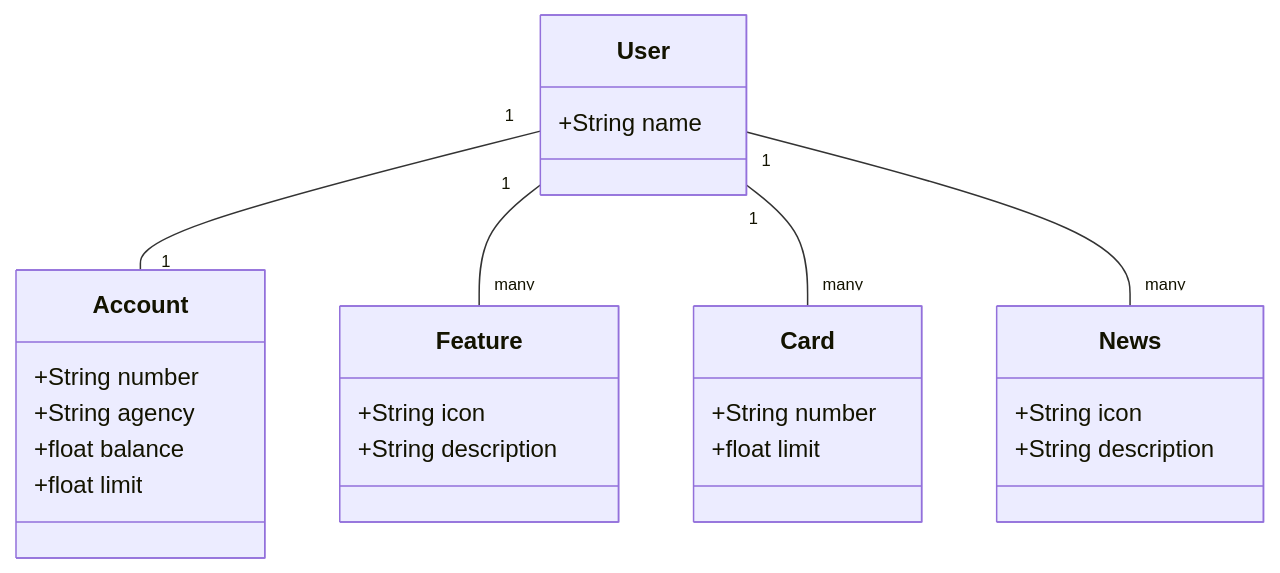
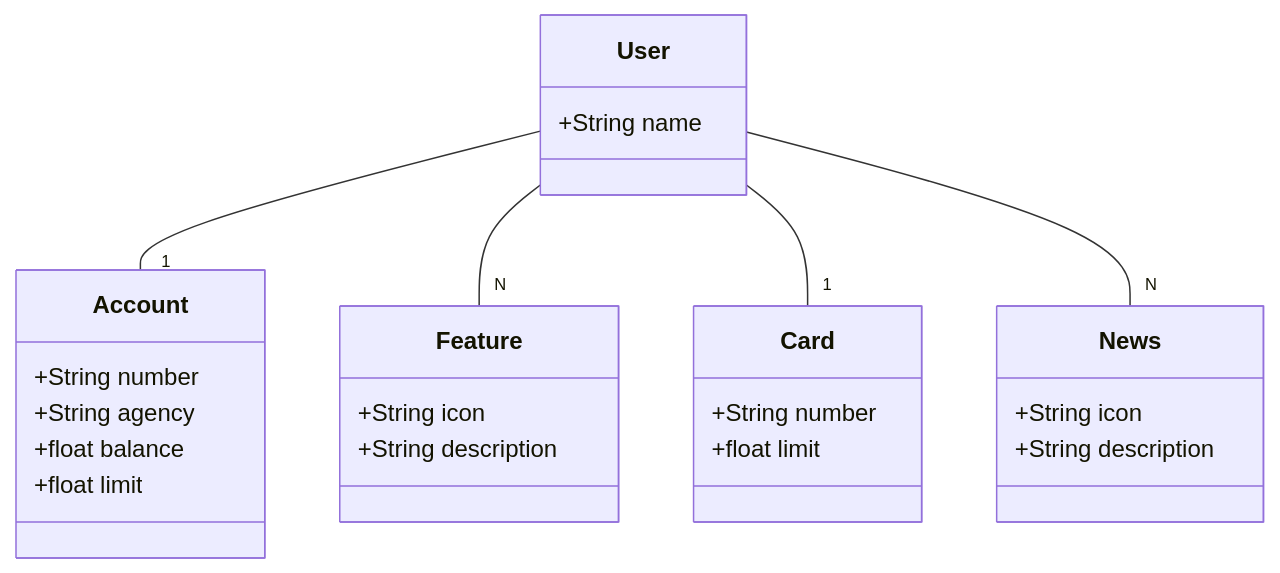
The diagram in README.md (LuuhMitre/santander-dev-week), drawn with Mermaid before and after one commit.

````diff
--- a/README.md
+++ b/README.md
@@ -5,33 +5,33 @@
 ```mermaid
 classDiagram
     class User {
         +String name
     }
 
     class Account {
         +String number
         +String agency
         +float balance
         +float limit
     }
 
     class Feature {
         +String icon
         +String description
     }
 
     class Card {
         +String number
         +float limit
     }
 
     class News {
         +String icon
         +String description
     }
 
-    User "1" -- "1" Account
-    User "1" -- "many" Feature
-    User "1" -- "many" Card
-    User "1" -- "many" News
+    User -- "1" Account
+    User -- "N" Feature
+    User -- "1" Card
+    User -- "N" News
 ```
````
